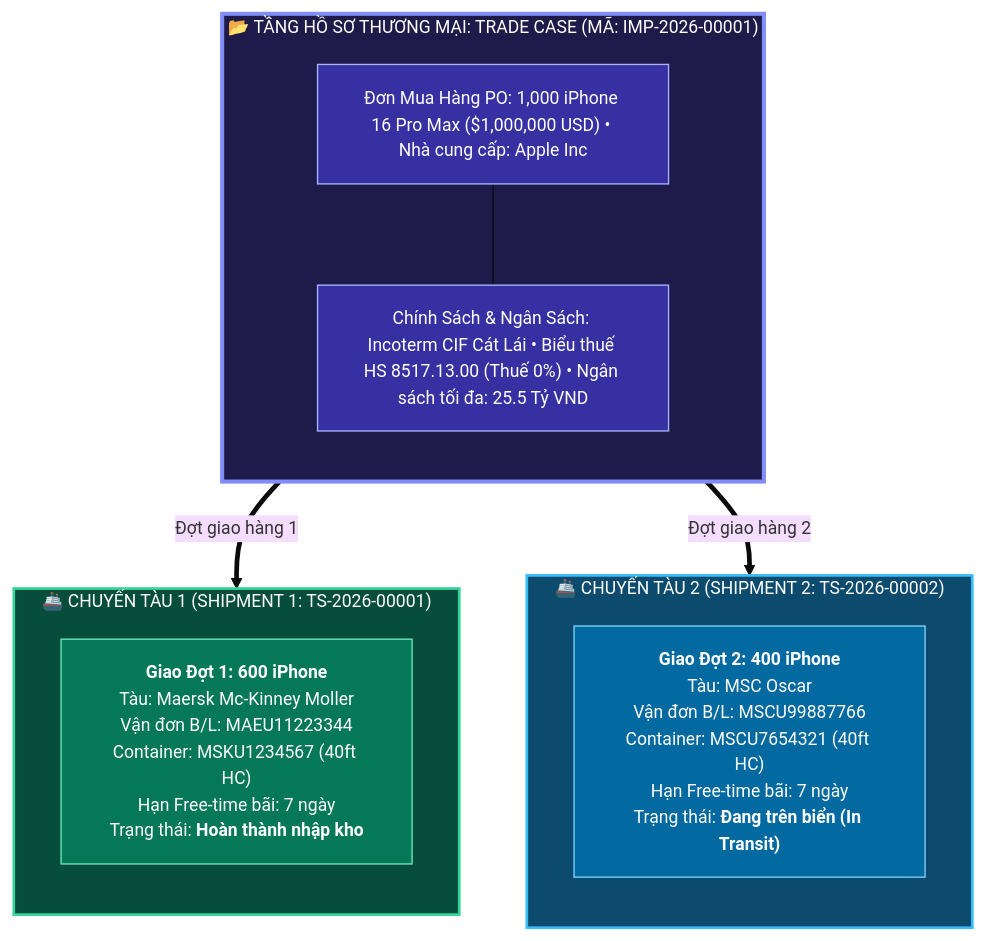
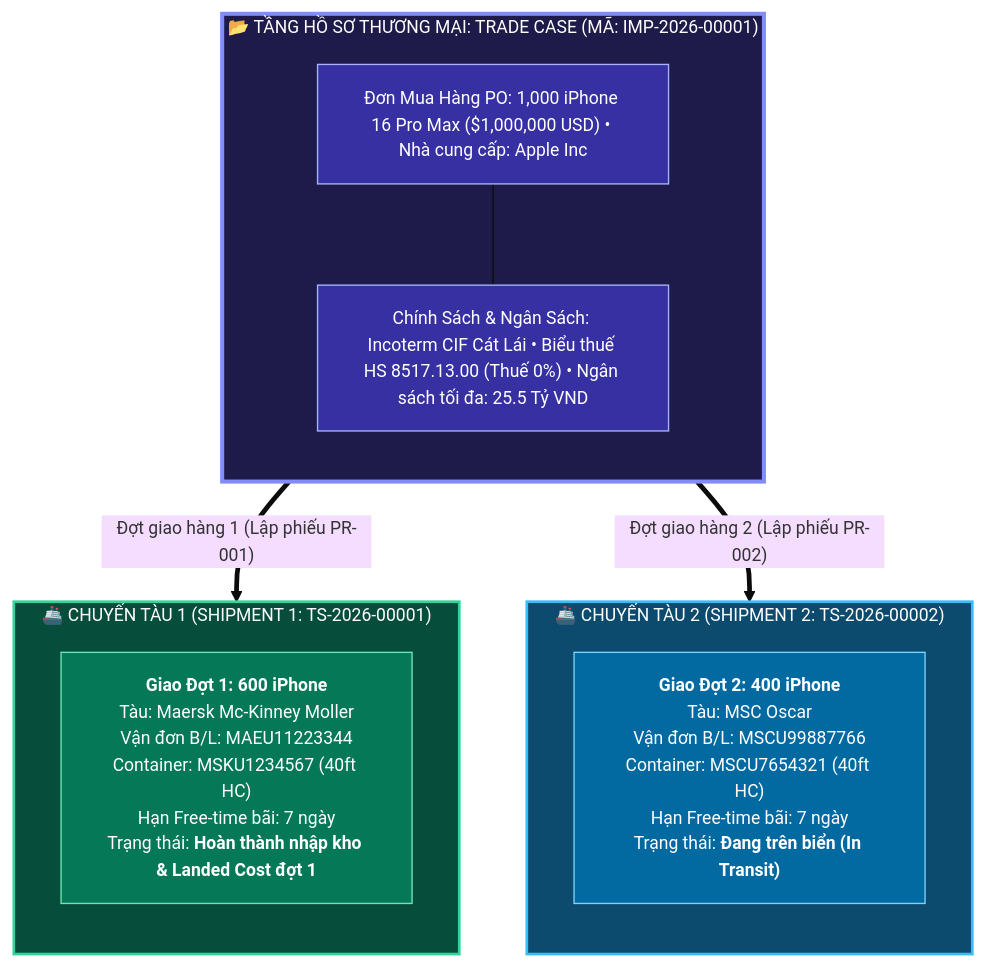
One commit to capkimkhanh2k5/Logistics_ERPNext_RAG changed the second of 3 diagrams in KIEN_TRUC_HE_THONG_QUAN_TRI_XUAT_NHAP_KHAU.md. Above: the diagram before and after it, drawn with Mermaid. The commit also changed other lines of this file, not shown here.

Commit message:
docs(architecture): complete full enterprise global trade architecture blueprint with 8 comprehensive chapters

````diff
--- a/KIEN_TRUC_HE_THONG_QUAN_TRI_XUAT_NHAP_KHAU.md
+++ b/KIEN_TRUC_HE_THONG_QUAN_TRI_XUAT_NHAP_KHAU.md
@@ -113,35 +116,34 @@
 ```mermaid
 %%{init: {'theme': 'base', 'themeVariables': { 'fontFamily': 'Arial, sans-serif', 'fontSize': '13px'}}}%%
 flowchart TD
-    %% TẦNG CASE
+    %% TẦNG HỒ SƠ THƯƠNG MẠI
     subgraph S_CASE["📂 TẦNG HỒ SƠ THƯƠNG MẠI: TRADE CASE (MÃ: IMP-2026-00001)"]
         direction TB
         PO["Đơn Mua Hàng PO: 1,000 iPhone 16 Pro Max ($1,000,000 USD) • Nhà cung cấp: Apple Inc"]
         POL_GOV["Chính Sách & Ngân Sách: Incoterm CIF Cát Lái • Biểu thuế HS 8517.13.00 (Thuế 0%) • Ngân sách tối đa: 25.5 Tỷ VND"]
         PO --- POL_GOV
     end
 
-    %% TẦNG SHIPMENT
+    %% TẦNG CHUYẾN TÀU CON
     subgraph S_SHP1["🚢 CHUYẾN TÀU 1 (SHIPMENT 1: TS-2026-00001)"]
         direction TB
-        SHP1_INFO["<b>Giao Đợt 1: 600 iPhone</b><br>Tàu: Maersk Mc-Kinney Moller<br>Vận đơn B/L: MAEU11223344<br>Container: MSKU1234567 (40ft HC)<br>Hạn Free-time bãi: 7 ngày<br>Trạng thái: <b>Hoàn thành nhập kho</b>"]
+        SHP1_INFO["<b>Giao Đợt 1: 600 iPhone</b><br>Tàu: Maersk Mc-Kinney Moller<br>Vận đơn B/L: MAEU11223344<br>Container: MSKU1234567 (40ft HC)<br>Hạn Free-time bãi: 7 ngày<br>Trạng thái: <b>Hoàn thành nhập kho & Landed Cost đợt 1</b>"]
     end
 
     subgraph S_SHP2["🚢 CHUYẾN TÀU 2 (SHIPMENT 2: TS-2026-00002)"]
         direction TB
         SHP2_INFO["<b>Giao Đợt 2: 400 iPhone</b><br>Tàu: MSC Oscar<br>Vận đơn B/L: MSCU99887766<br>Container: MSCU7654321 (40ft HC)<br>Hạn Free-time bãi: 7 ngày<br>Trạng thái: <b>Đang trên biển (In Transit)</b>"]
     end
 
-    S_CASE ==>|"Đợt giao hàng 1"| S_SHP1
-    S_CASE ==>|"Đợt giao hàng 2"| S_SHP2
+    S_CASE ==>|"Đợt giao hàng 1 (Lập phiếu PR-001)"| S_SHP1
+    S_CASE ==>|"Đợt giao hàng 2 (Lập phiếu PR-002)"| S_SHP2
 
-    %% MÀU SẮC PHÂN TÁCH
     style S_CASE fill:#1E1B4B,stroke:#818CF8,stroke-width:3px,color:#FFFFFF
     style S_SHP1 fill:#064E3B,stroke:#34D399,stroke-width:2px,color:#FFFFFF
     style S_SHP2 fill:#0C4A6E,stroke:#38BDF8,stroke-width:2px,color:#FFFFFF
 
     style PO fill:#3730A3,stroke:#A5B4FC,color:#FFFFFF
     style POL_GOV fill:#3730A3,stroke:#A5B4FC,color:#FFFFFF
     style SHP1_INFO fill:#047857,stroke:#6EE7B7,color:#FFFFFF
     style SHP2_INFO fill:#0369A1,stroke:#7DD3FC,color:#FFFFFF
 ```
````
